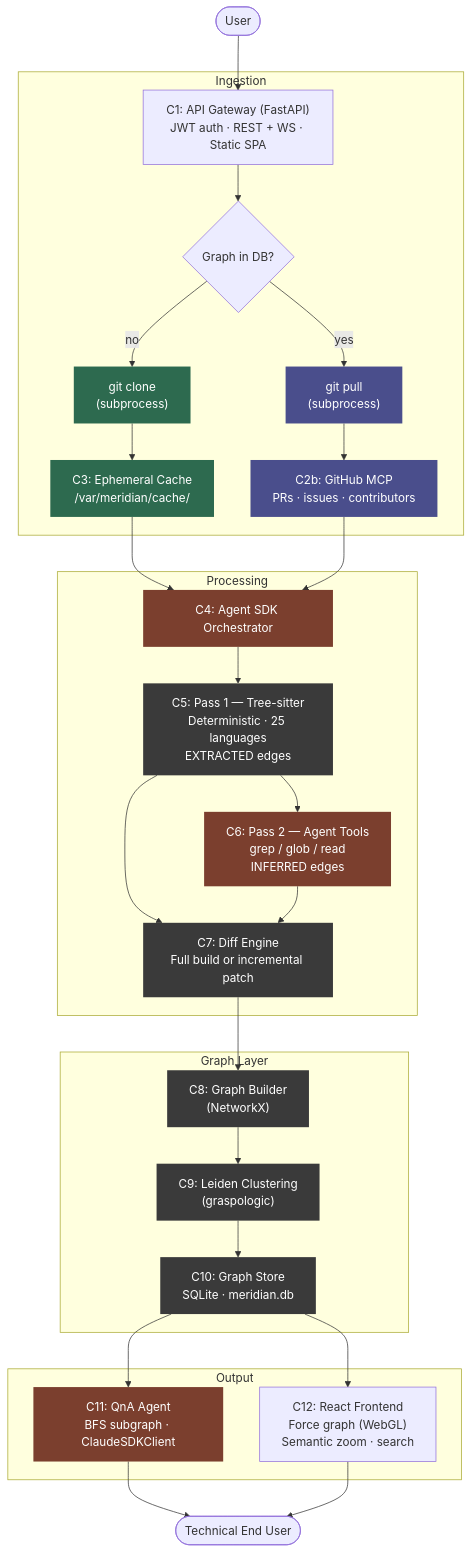
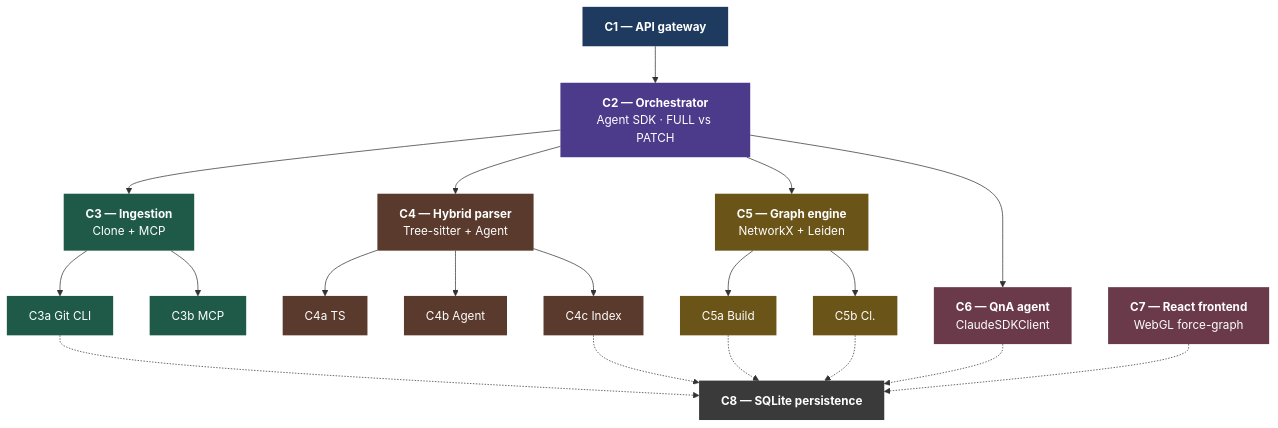
The diagram in README.md (arkapatra31/meridian), drawn with Mermaid before and after one commit. The commit also changed other lines of this file and 35 other files, not shown here.

First line of the commit message:
Implement orchestrator and enhance pipeline with new API features (#4)

````diff
--- a/README.md
+++ b/README.md
@@ -22,43 +22,61 @@
 ```mermaid
 flowchart TD
-    User([User]) --> C1
+    C1["<b>C1 — API gateway</b>"]
+    C2["<b>C2 — Orchestrator</b><br/>Agent SDK · FULL vs PATCH"]
 
-    subgraph Ingestion
-        C1["C1: API Gateway (FastAPI)\nJWT auth · REST + WS · Static SPA"]
-        C1 --> decision{Graph in DB?}
-        decision -- no --> C2a["git clone\n(subprocess)"]
-        decision -- yes --> C2b_pull["git pull\n(subprocess)"]
-        C2a --> C3["C3: Ephemeral Cache\n/var/meridian/cache/"]
-        C2b_pull --> C2b["C2b: GitHub MCP\nPRs · issues · contributors"]
-    end
+    C3["<b>C3 — Ingestion</b><br/>Clone + MCP"]
+    C3a["C3a Git CLI"]
+    C3b["C3b MCP"]
 
-    subgraph Processing
-        C3 & C2b --> C4["C4: Agent SDK Orchestrator"]
-        C4 --> C5["C5: Pass 1 — Tree-sitter\nDeterministic · 25 languages\nEXTRACTED edges"]
-        C5 --> C6["C6: Pass 2 — Agent Tools\ngrep / glob / read\nINFERRED edges"]
-        C5 & C6 --> C7["C7: Diff Engine\nFull build or incremental patch"]
-    end
+    C4["<b>C4 — Hybrid parser</b><br/>Tree-sitter + Agent"]
+    C4a["C4a TS"]
+    C4b["C4b Agent"]
+    C4c["C4c Index"]
 
-    subgraph Graph Layer
-        C7 --> C8["C8: Graph Builder\n(NetworkX)"]
-        C8 --> C9["C9: Leiden Clustering\n(graspologic)"]
-        C9 --> C10["C10: Graph Store\nSQLite · meridian.db"]
-    end
+    C5["<b>C5 — Graph engine</b><br/>NetworkX + Leiden"]
+    C5a["C5a Build"]
+    C5b["C5b Cl."]
 
-    subgraph Output
-        C10 --> C11["C11: QnA Agent\nBFS subgraph · ClaudeSDKClient"]
-        C10 --> C12["C12: React Frontend\nForce graph (WebGL)\nSemantic zoom · search"]
-    end
+    C6["<b>C6 — QnA agent</b><br/>ClaudeSDKClient"]
+    C7["<b>C7 — React frontend</b><br/>WebGL force-graph"]
+    C8["<b>C8 — SQLite persistence</b>"]
 
-    C11 & C12 --> EndUser([Technical End User])
+    C1 --> C2
+    C2 --> C3
+    C2 --> C4
+    C2 --> C5
+    C2 --> C6
 
-    classDef gitProtocol fill:#2d6a4f,color:#fff,stroke:none
-    classDef githubApi fill:#4a4e8c,color:#fff,stroke:none
-    classDef anthropicApi fill:#7b3f2e,color:#fff,stroke:none
-    classDef local fill:#3a3a3a,color:#fff,stroke:none
+    C3 --> C3a
+    C3 --> C3b
 
-    class C2a,C3 gitProtocol
-    class C2b,C2b_pull githubApi
-    class C4,C6,C11 anthropicApi
-    class C5,C7,C8,C9,C10 local
+    C4 --> C4a
+    C4 --> C4b
+    C4 --> C4c
+
+    C5 --> C5a
+    C5 --> C5b
+
+    C3a -.-> C8
+    C4c -.-> C8
+    C5a -.-> C8
+    C5b -.-> C8
+    C6  -.-> C8
+    C7  -.-> C8
+
+    classDef gateway     fill:#1e3a5f,color:#fff,stroke:none
+    classDef orchestrate fill:#4c3a8a,color:#fff,stroke:none
+    classDef ingestion   fill:#1f5a48,color:#fff,stroke:none
+    classDef parser      fill:#5a3a2c,color:#fff,stroke:none
+    classDef engine      fill:#6b5418,color:#fff,stroke:none
+    classDef output      fill:#6a3a4a,color:#fff,stroke:none
+    classDef persistence fill:#3a3a3a,color:#fff,stroke:none
+
+    class C1 gateway
+    class C2 orchestrate
+    class C3,C3a,C3b ingestion
+    class C4,C4a,C4b,C4c parser
+    class C5,C5a,C5b engine
+    class C6,C7 output
+    class C8 persistence
 ```
````
